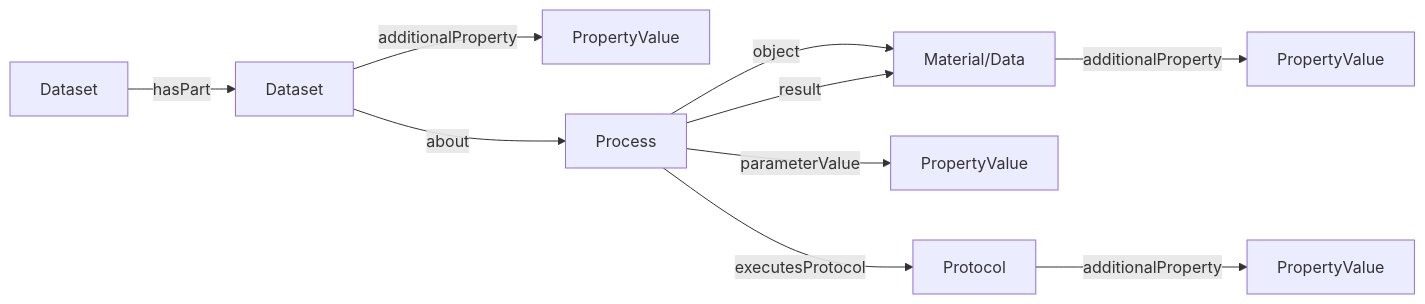
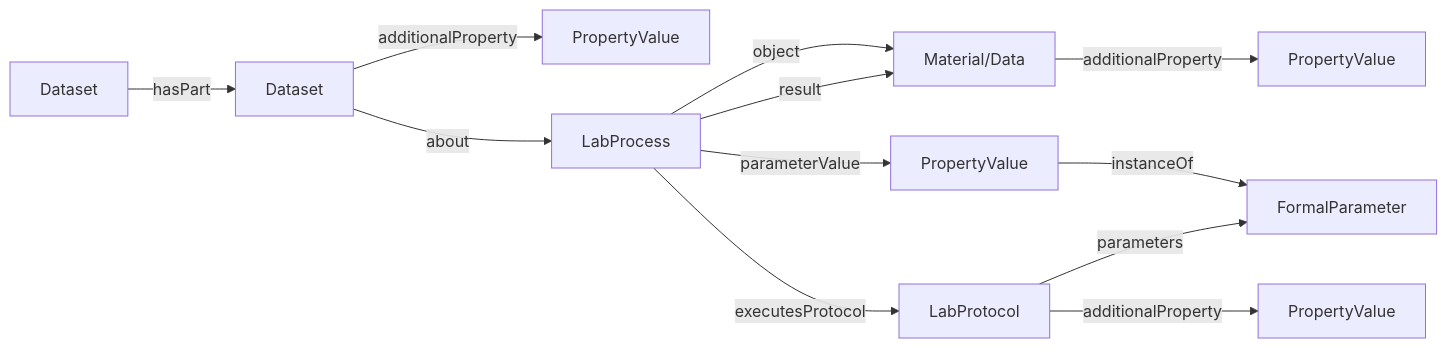
The diagram in spec/core/README.md (HLWeil/ProcessCore), drawn with Mermaid before and after one commit. The commit also changed other lines of this file and 10 other files, not shown here.

````diff
--- a/spec/core/README.md
+++ b/spec/core/README.md
@@ -13,19 +13,22 @@
 ```mermaid
 flowchart LR
 
     md[Material/Data]
     d[Dataset]
     dp[PropertyValue]
     pp[PropertyValue]
     mdp[PropertyValue]
 
     d --hasPart--> Dataset
-    Dataset --about--> Process
+    Dataset --about--> LabProcess
     Dataset --additionalProperty--> dp
-    Process --"object"--> md
-    Process --parameterValue--> pp
-    Process --result--> md
-    Process --executesProtocol--> Protocol
+    LabProcess --"object"--> md
+    LabProcess --parameterValue--> pp
+    LabProcess --result--> md
+    LabProcess --executesProtocol--> LabProtocol
     md --additionalProperty--> mdp
-    Protocol --additionalProperty--> PropertyValue
+    pp --instanceOf--> FormalParameter
+    LabProtocol --parameters--> FormalParameter
+    LabProtocol --additionalProperty--> PropertyValue
+
 ```
````
